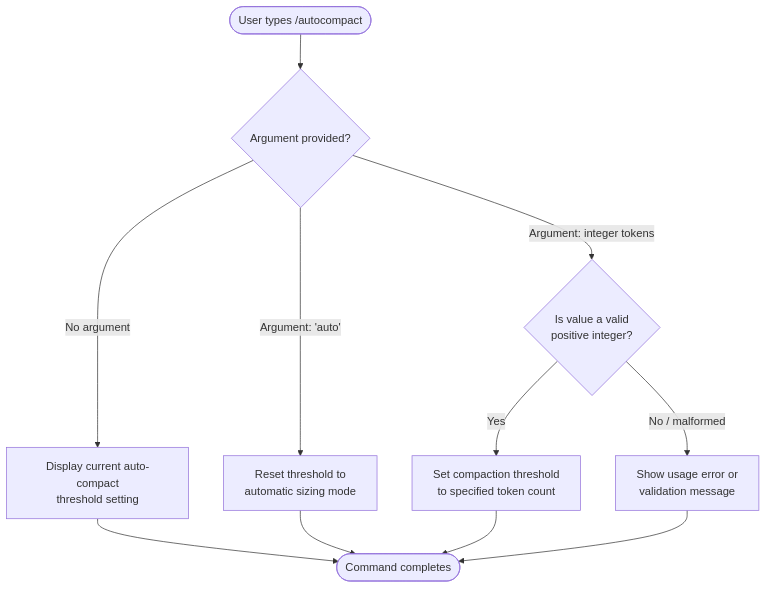
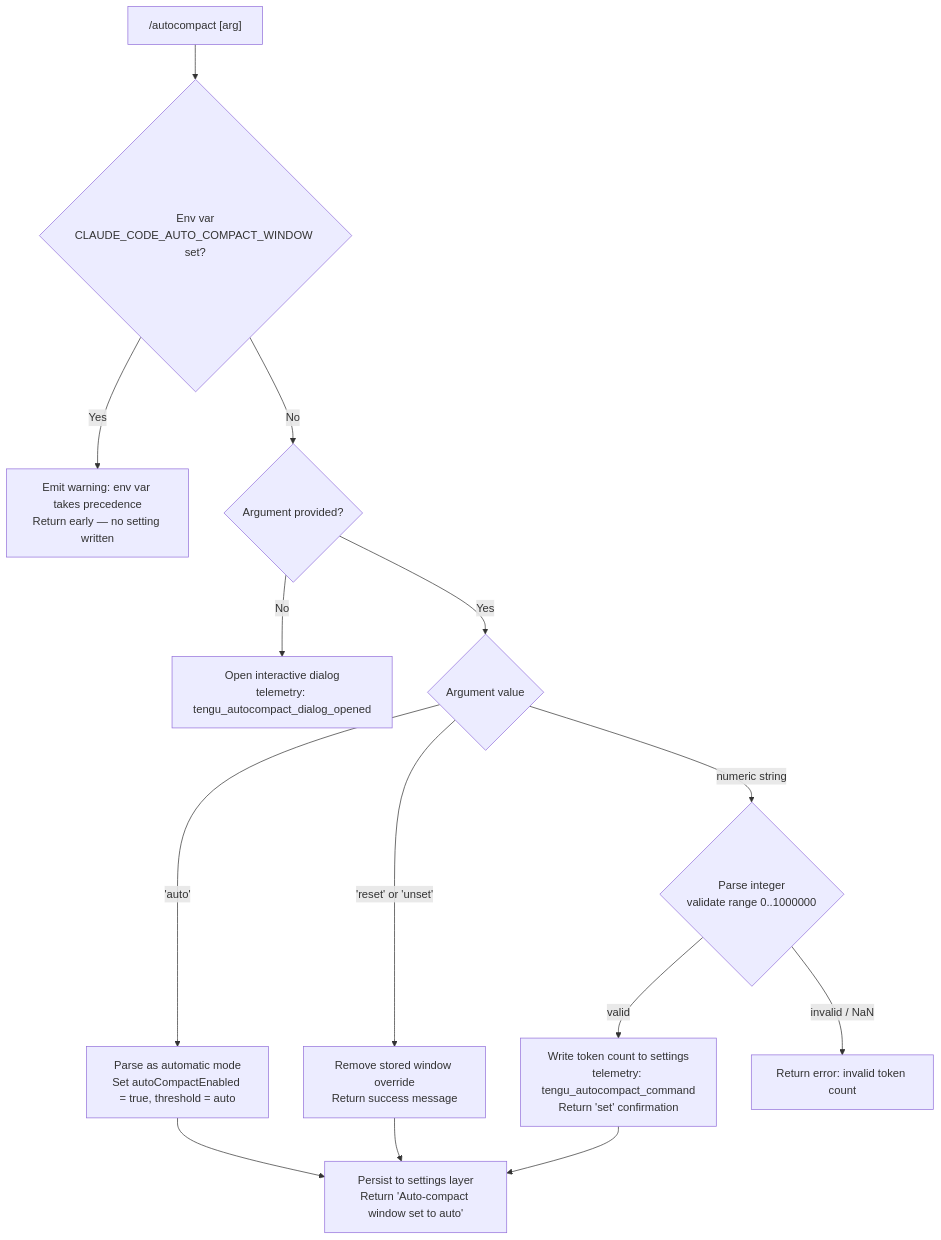
One commit to MyLittleLuckyDog/cc-gnothi changed the diagram in versions/v2.1.142/autocompact.md. Above: the diagram before and after it, drawn with Mermaid. The commit also changed other lines of this file and 483 other files, not shown here.

````diff
--- a/versions/v2.1.142/autocompact.md
+++ b/versions/v2.1.142/autocompact.md
@@ -48,13 +56,16 @@
 ```mermaid
 flowchart TD
-    A([User types /autocompact]) --> B{Argument provided?}
-    B -- No argument --> C[Display current auto-compact\nthreshold setting]
-    B -- Argument: 'auto' --> D[Reset threshold to\nautomatic sizing mode]
-    B -- Argument: integer tokens --> E{Is value a valid\npositive integer?}
-    E -- Yes --> F[Set compaction threshold\nto specified token count]
-    E -- No / malformed --> G[Show usage error or\nvalidation message]
-    D --> H([Command completes])
-    F --> H
-    C --> H
-    G --> H
+    A["/autocompact [arg]"] --> B{Env var\nCLAUDE_CODE_AUTO_COMPACT_WINDOW set?}
+    B -- Yes --> C[Emit warning: env var takes precedence\nReturn early — no setting written]
+    B -- No --> D{Argument provided?}
+    D -- No --> E[Open interactive dialog\ntelemetry: tengu_autocompact_dialog_opened]
+    D -- Yes --> F{Argument value}
+    F -- 'auto' --> G[Parse as automatic mode\nSet autoCompactEnabled = true, threshold = auto]
+    F -- 'reset' or 'unset' --> H[Remove stored window override\nReturn success message]
+    F -- numeric string --> I{Parse integer\nvalidate range 0..1000000}
+    I -- valid --> J[Write token count to settings\ntelemetry: tengu_autocompact_command\nReturn 'set' confirmation]
+    I -- invalid / NaN --> K[Return error: invalid token count]
+    G --> L[Persist to settings layer\nReturn 'Auto-compact window set to auto']
+    J --> L
+    H --> L
 ```
````
